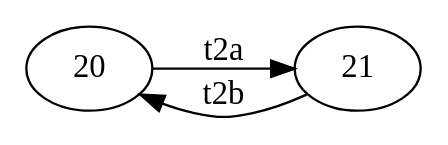
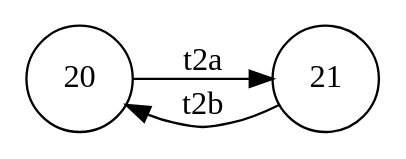
One commit to lucalavazza/Algoritmi-e-Strutture-Dati changed the diagram in ASD/C2.gv. Above: the diagram before and after it, drawn with Graphviz. The commit also changed 2 other files, not shown here.

```diff
--- a/ASD/C2.gv
+++ b/ASD/C2.gv
@@ -1,5 +1,8 @@
 digraph C2 {
 	rankdir=LR size=8.5
+	node [shape=circle]
+	node [shape=circle]
 	20 -> 21 [label=t2a]
+	node [shape=circle]
 	21 -> 20 [label=t2b]
 }
```
